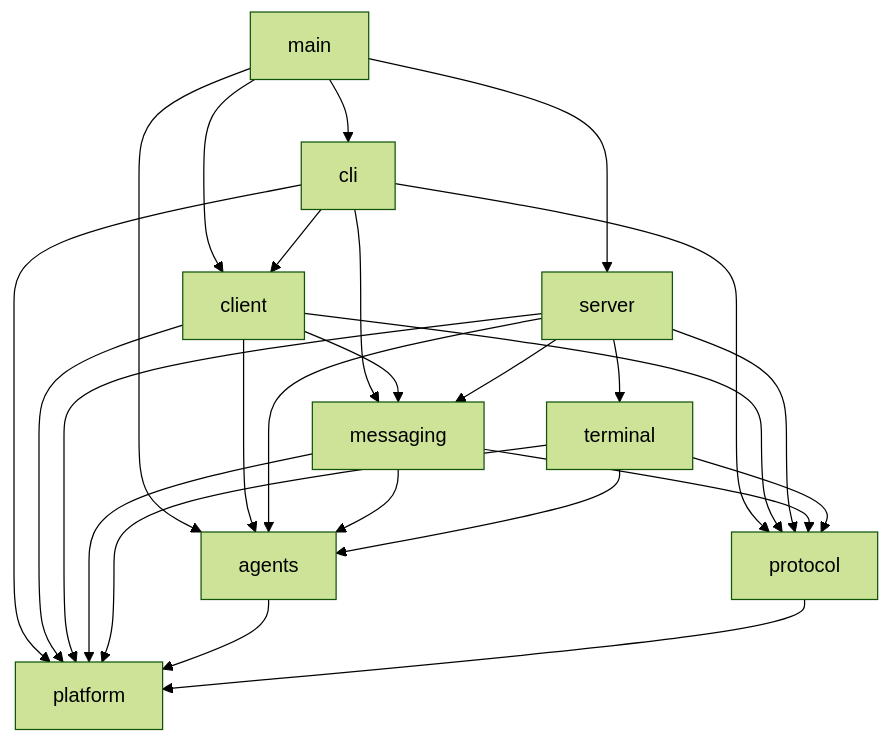
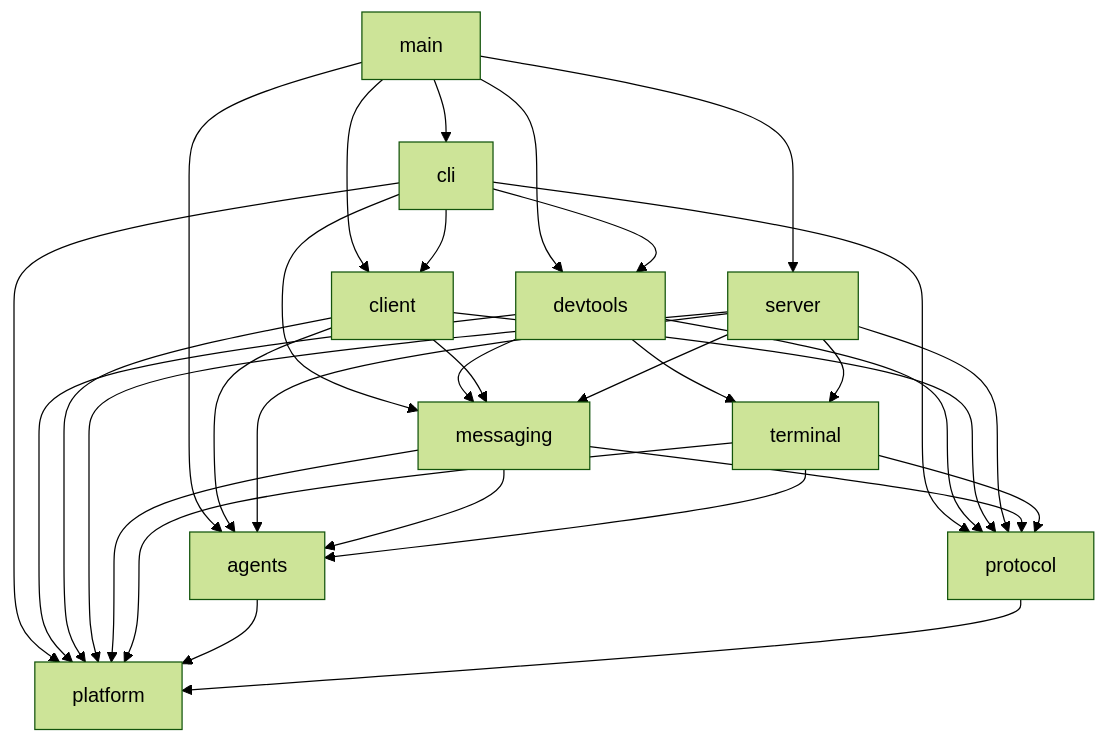
Before and after one commit to asura1234/bus: the first of 4 diagrams in docs/bus-architecture.md, drawn with Mermaid (forest theme). The commit also changed other lines of this file and 32 other files, not shown here.

````diff
--- a/docs/bus-architecture.md
+++ b/docs/bus-architecture.md
@@ -283,11 +290,12 @@
 ```mermaid
 flowchart TD
-  main --> cli & server & client & agents
-  cli --> client & messaging & protocol & platform
+  main --> cli & server & client & agents & devtools
+  cli --> client & devtools & messaging & protocol & platform
+  devtools --> terminal & messaging & protocol & platform
   client --> messaging & agents & protocol & platform
   server --> terminal & messaging & agents & protocol & platform
   messaging --> agents & protocol & platform
   terminal --> agents & protocol & platform
   agents --> platform
   protocol --> platform
 ```
````
